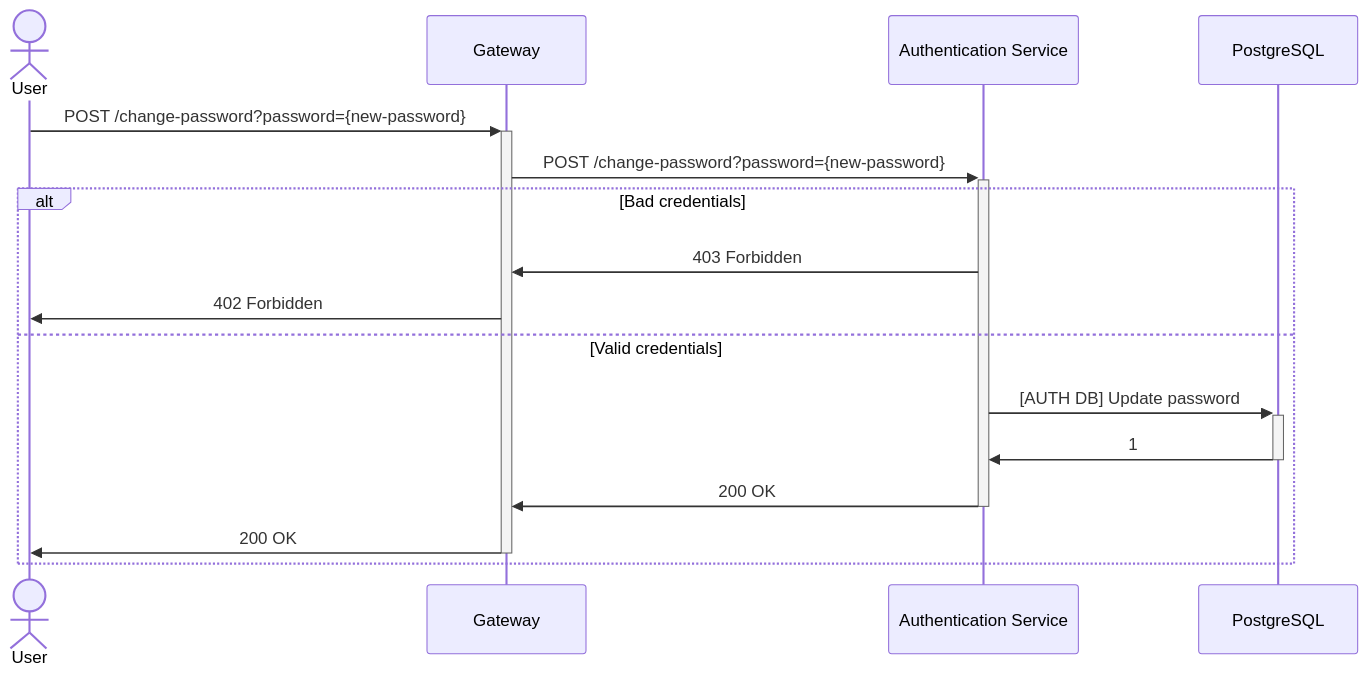
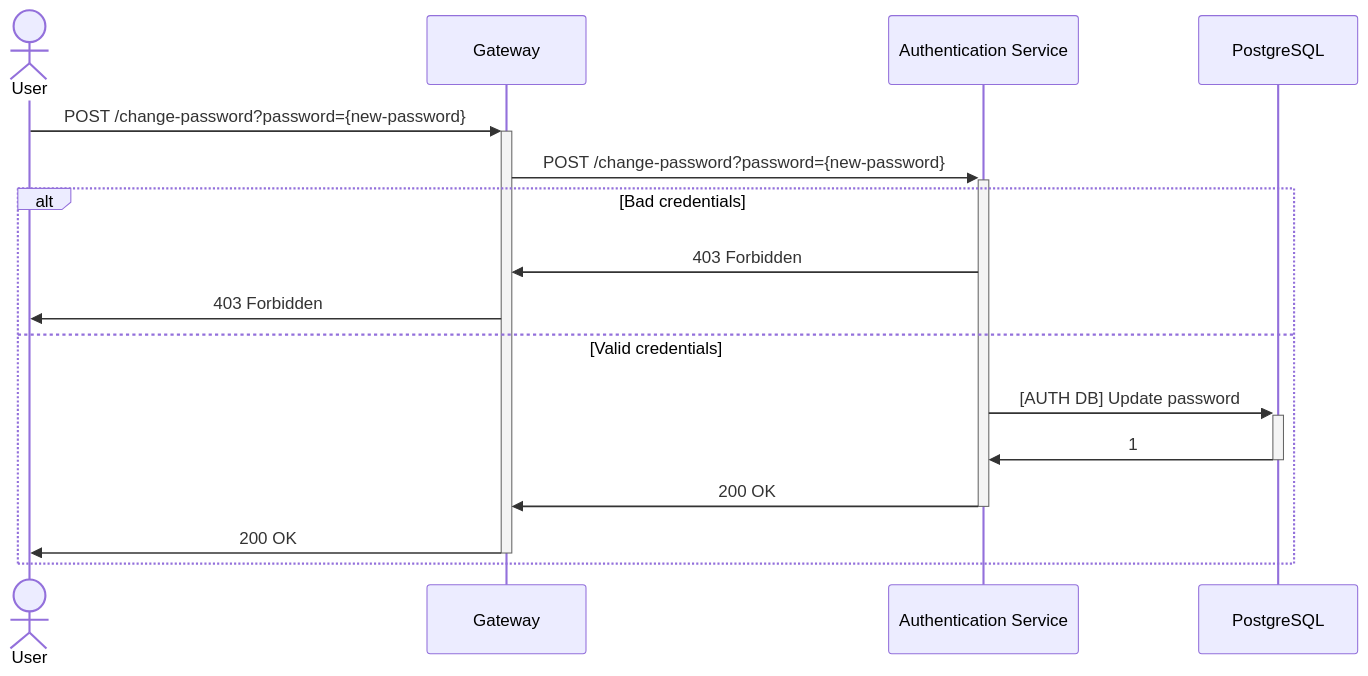
One commit to ReDestroyDeR/otus-four-manifests changed the fifth of 5 diagrams in README.md. Above: the diagram before and after it, drawn with Mermaid. The commit also changed other lines of this file, not shown here.

Commit message:
Update README.md
Fix 402 -> 403 status code in Forbidden messaged in Update username/password section

````diff
--- a/README.md
+++ b/README.md
@@ -173,19 +173,19 @@
 ```mermaid
 sequenceDiagram
     actor User
     participant Gateway
     participant Authentication Service
     participant PostgreSQL
     
     User->>+Gateway: POST /change-password?password={new-password}
     Gateway->>+Authentication Service: POST /change-password?password={new-password}
     alt Bad credentials
     Authentication Service->>Gateway: 403 Forbidden
-    Gateway->>User: 402 Forbidden
+    Gateway->>User: 403 Forbidden
     else Valid credentials
     Authentication Service->>+PostgreSQL: [AUTH DB] Update password
     PostgreSQL->>-Authentication Service: 1
     Authentication Service->>-Gateway: 200 OK
     Gateway->>-User: 200 OK
     end
 ```
````
